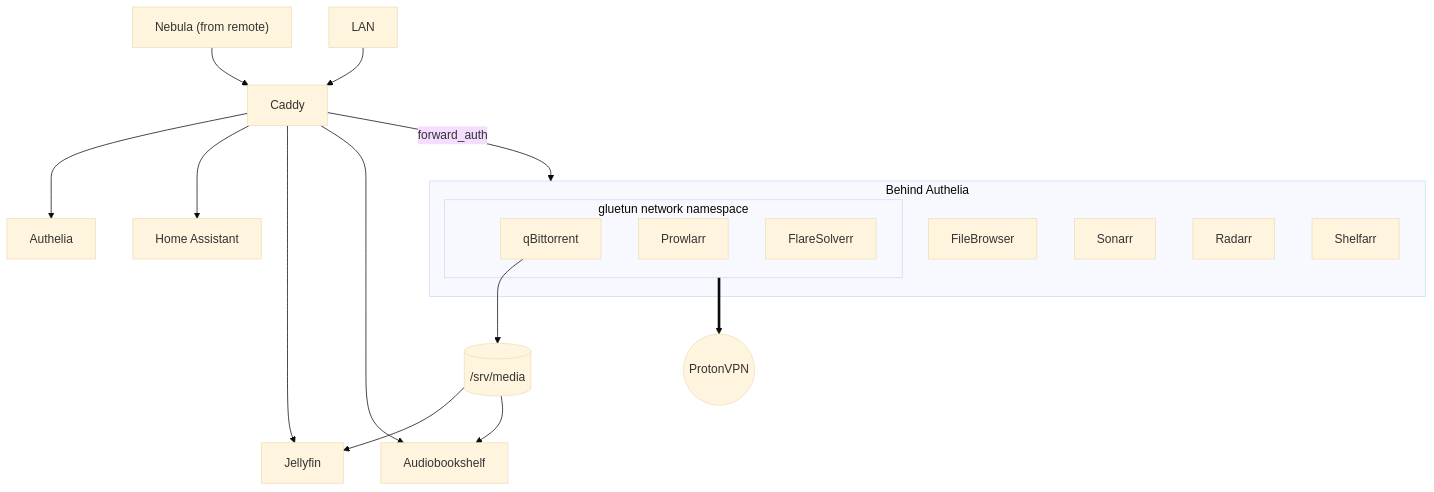
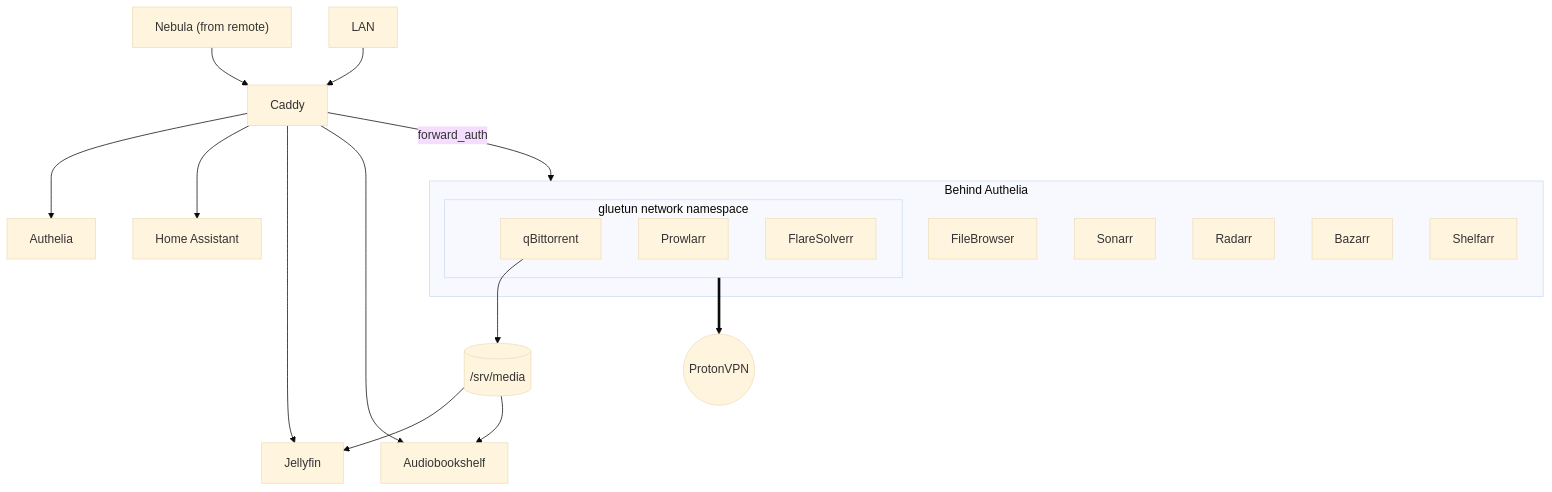
Before and after one commit to LeVraiBaptiste/nixos: the third of 4 diagrams in README.md, drawn with Mermaid (base theme). The commit also changed 6 other files, not shown here.

````diff
--- a/README.md
+++ b/README.md
@@ -84,29 +84,30 @@
 ```mermaid
 flowchart TB
     mesh["Nebula (from remote)"] --> caddy["Caddy"]
     lan["LAN"] --> caddy
 
     caddy --> authelia["Authelia"]
     caddy --> ha["Home Assistant"]
     caddy --> jellyfin["Jellyfin"]
     caddy --> abs["Audiobookshelf"]
     caddy -- "forward_auth" --> protected
 
     subgraph protected["Behind Authelia"]
         filebrowser["FileBrowser"]
         sonarr["Sonarr"]
         radarr["Radarr"]
+        bazarr["Bazarr"]
         shelfarr["Shelfarr"]
 
         subgraph vpn["gluetun network namespace"]
             qbit["qBittorrent"]
             prowlarr["Prowlarr"]
             flare["FlareSolverr"]
         end
     end
 
     vpn ==> proton(("ProtonVPN"))
     qbit --> media[("/srv/media")]
     media --> jellyfin
     media --> abs
 ```
````
